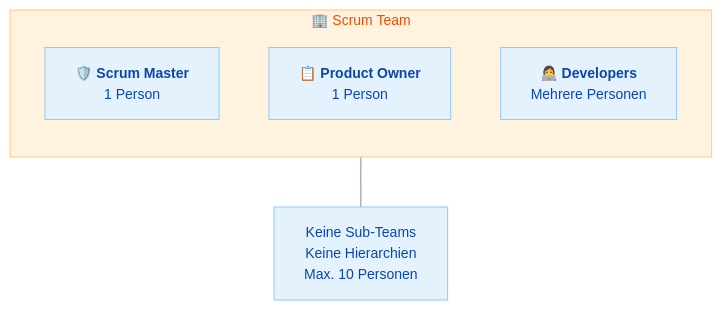
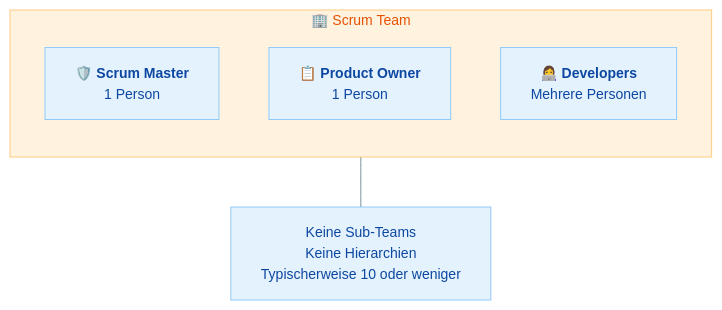
One commit to JacobMenge/kurs-25-06 changed the first of 3 diagrams in docs/modul-3/zusatzmaterial/scrum/02-scrum-team.md. Above: the diagram before and after it, drawn with Mermaid. The commit also changed other lines of this file and 4 other files, not shown here.

````diff
--- a/docs/modul-3/zusatzmaterial/scrum/02-scrum-team.md
+++ b/docs/modul-3/zusatzmaterial/scrum/02-scrum-team.md
@@ -38,12 +38,12 @@
 ```mermaid
 %%{init: {'theme': 'base', 'themeVariables': {'primaryColor': '#e3f2fd', 'primaryTextColor': '#0d47a1', 'primaryBorderColor': '#90caf9', 'secondaryColor': '#e8f5e9', 'secondaryTextColor': '#1b5e20', 'secondaryBorderColor': '#a5d6a7', 'tertiaryColor': '#fff3e0', 'tertiaryTextColor': '#e65100', 'tertiaryBorderColor': '#ffcc80', 'lineColor': '#78909c', 'fontSize': '14px'}}}%%
 graph TB
     subgraph team ["🏢 Scrum Team"]
         direction TB
         SM["🛡️ <b>Scrum Master</b><br/>1 Person"]
         PO["📋 <b>Product Owner</b><br/>1 Person"]
         DEV["👩‍💻 <b>Developers</b><br/>Mehrere Personen"]
     end
 
-    team --- note["Keine Sub-Teams<br/>Keine Hierarchien<br/>Max. 10 Personen"]
+    team --- note["Keine Sub-Teams<br/>Keine Hierarchien<br/>Typischerweise 10 oder weniger"]
 ```
````
